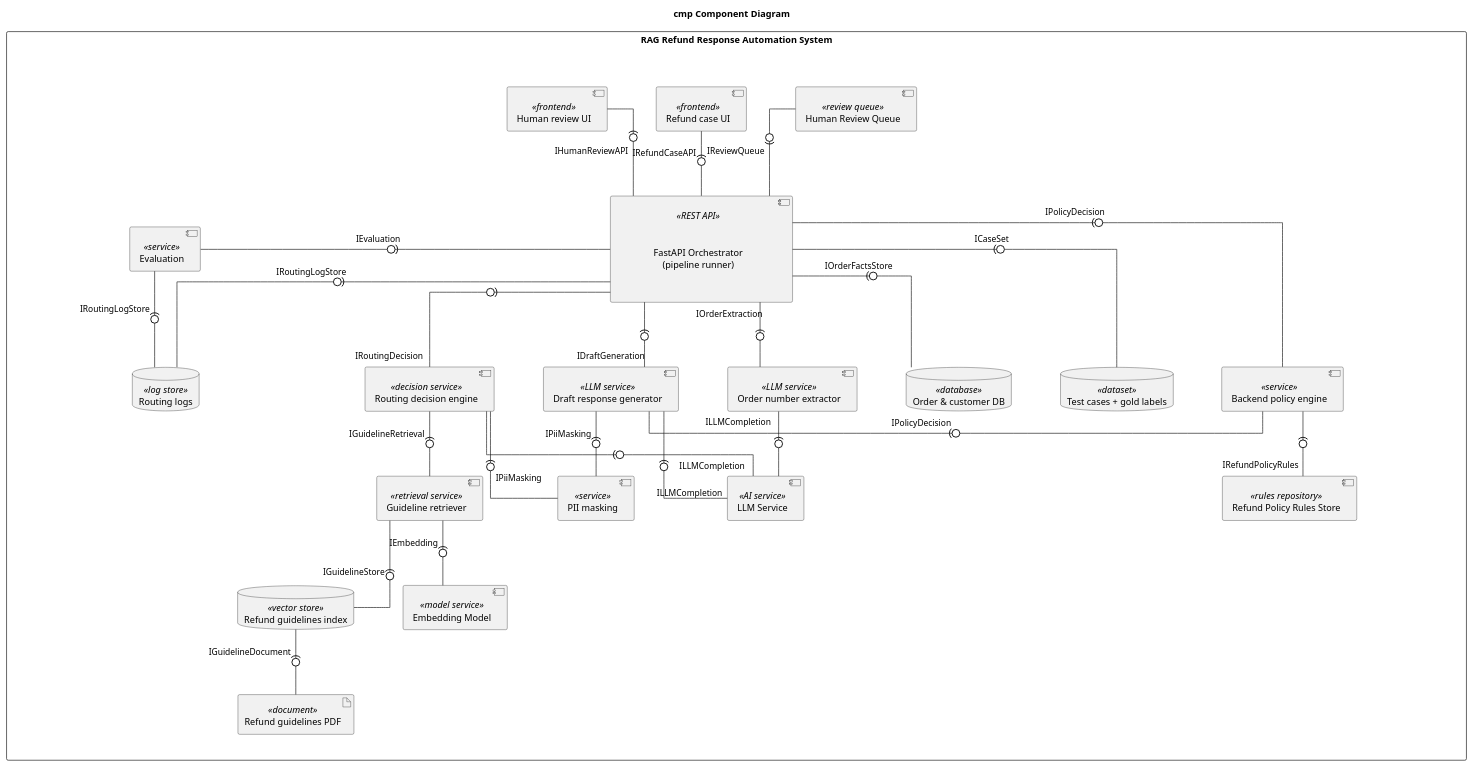
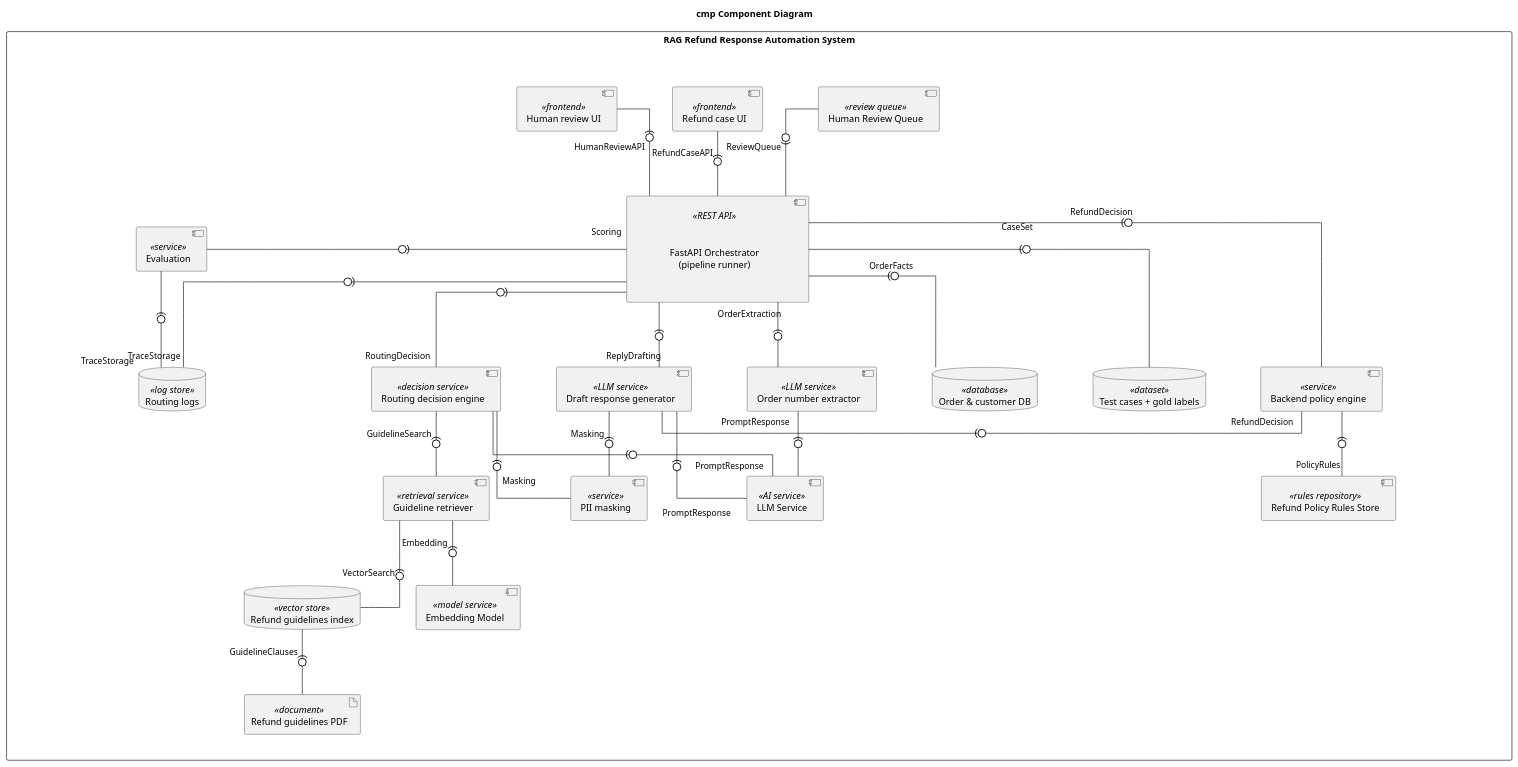
Before and after one commit to VyshakhGN/llmgov: the diagram in docs/diagrams/component.puml, drawn with PlantUML. The commit also changed 3 other files, not shown here.

Commit message:
Some changes to the component and sequence diagrams

```diff
--- a/docs/diagrams/component.puml
+++ b/docs/diagrams/component.puml
@@ -1,102 +1,102 @@
 @startuml component
 skinparam componentStyle uml2
 skinparam shadowing false
 skinparam linetype ortho
-skinparam nodesep 75
+skinparam nodesep 85
 skinparam ranksep 100
 skinparam defaultTextAlignment center
 skinparam rectangle<<column>> {
   BorderColor transparent
   BackgroundColor transparent
   FontColor transparent
   StereotypeFontColor transparent
   FontSize 1
   StereotypeFontSize 1
 }
 skinparam rectangle<<spacer>> {
   BorderColor transparent
   BackgroundColor transparent
   FontColor transparent
   StereotypeFontColor transparent
 }
 title cmp Component Diagram
 
 rectangle "RAG Refund Response Automation System" {
 
   rectangle "top" <<column>> {
     component "Refund case UI" <<frontend>> as UI_CASE
     component "Human review UI" <<frontend>> as UI_REVIEW
     component "Human Review Queue" <<review queue>> as QUEUE
   }
 
   rectangle "inputs" <<column>> {
     database "Test cases + gold labels" <<dataset>> as CASES
     database "Order & customer DB" <<database>> as ORDERDB
   }
   component "\n\nFastAPI Orchestrator\n(pipeline runner)\n\n                                                                  " <<REST API>> as ORCH
 
   rectangle "eval" <<column>> {
     rectangle "x" <<spacer>> as SPACER
     component "Evaluation" <<service>> as EVAL
     database "Routing logs" <<log store>> as LOGS
   }
 
   rectangle "policy" <<column>> {
     component "Backend policy engine" <<service>> as POL
     rectangle "x" <<spacer>> as SPACER2
     component "Refund Policy Rules Store" <<rules repository>> as RULES
   }
 
   rectangle "routing" <<column>> {
     component "Routing decision engine" <<decision service>> as ROUTE
     component "Guideline retriever" <<retrieval service>> as RET
     database "Refund guidelines index" <<vector store>> as VEC
     component "Embedding Model" <<model service>> as EMB
     artifact "Refund guidelines PDF" <<document>> as PDF
   }
 
   rectangle "drafting" <<column>> {
     component "Draft response generator" <<LLM service>> as DRAFT
     component "PII masking" <<service>> as RISK
   }
 
   rectangle "extraction" <<column>> {
     component "Order number extractor" <<LLM service>> as EXT
     component "LLM Service" <<AI service>> as LLM
   }
 
 }
 
-UI_CASE -down(0- ORCH : IRefundCaseAPI
-UI_REVIEW -down(0- ORCH : IHumanReviewAPI
-ORCH -up(0- QUEUE : IReviewQueue
+UI_CASE -down(0- ORCH : RefundCaseAPI
+UI_REVIEW -down(0- ORCH : HumanReviewAPI
+ORCH -up(0- QUEUE : ReviewQueue
 
-ORCH -left(0- CASES : ICaseSet
+ORCH -left(0- CASES : CaseSet\n
 
-ORCH -right(0- EVAL : IEvaluation
+ORCH "Scoring\n" -right(0- EVAL
 SPACER -[hidden]right- EVAL
 POL -[hidden]right- SPACER2
-EVAL -down(0- LOGS : IRoutingLogStore
-ORCH -down(0- LOGS : IRoutingLogStore
+EVAL -down(0- "TraceStorage" LOGS
+ORCH -down(0- "TraceStorage" LOGS
 
-ORCH -down(0- POL : IPolicyDecision
-ORCH -down(0- "IRoutingDecision" ROUTE
+ORCH -down(0- POL : RefundDecision
+ORCH -down(0- "RoutingDecision" ROUTE
 
-ORCH -down(0- "IDraftGeneration" DRAFT
-EXT -up0)- "IOrderExtraction" ORCH
-ORCH -down(0- ORDERDB : IOrderFactsStore
+ORCH -down(0- "ReplyDrafting" DRAFT
+EXT -up0)- "OrderExtraction" ORCH
+ORCH -down(0- ORDERDB : OrderFacts
 
 
-POL -down(0- "IRefundPolicyRules" RULES
-ROUTE -down(0- RET : IGuidelineRetrieval
-ROUTE -down(0- RISK : IPiiMasking
-DRAFT -down(0- RISK : IPiiMasking
-DRAFT -[norank](0- POL : IPolicyDecision
-ROUTE -down(0- "ILLMCompletion" LLM
-DRAFT -down(0- "ILLMCompletion" LLM
-EXT "ILLMCompletion" -down(0- LLM
+POL -down(0- "PolicyRules" RULES
+ROUTE -down(0- RET : GuidelineSearch
+ROUTE -down(0- RISK : Masking
+DRAFT -down(0- RISK : Masking
+DRAFT -[norank](0- "RefundDecision" POL
+ROUTE -down(0- "PromptResponse" LLM
+DRAFT -down(0- LLM : \nPromptResponse
+EXT "PromptResponse" -down(0- LLM
 
-RET -down(0- VEC : IGuidelineStore
-RET -down(0- EMB : IEmbedding
-VEC -down(0- PDF : IGuidelineDocument
+RET -down(0- VEC : VectorSearch
+RET -down(0- EMB : Embedding
+VEC -down(0- PDF : GuidelineClauses
 @enduml
```
